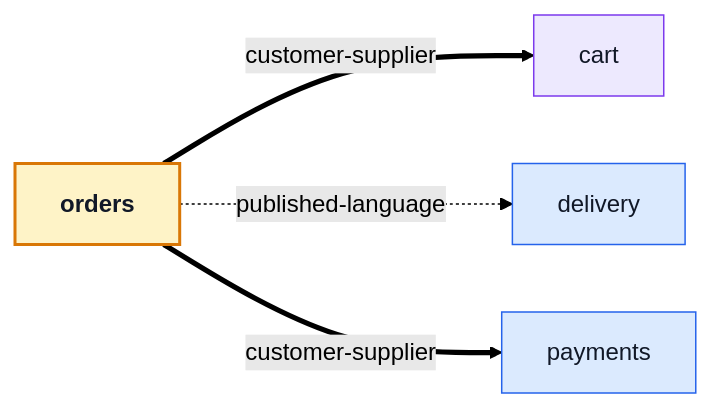
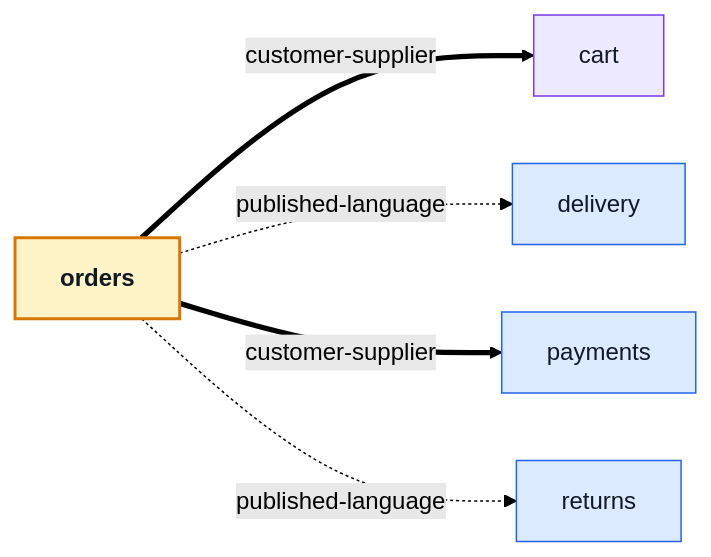
The first of 3 diagrams in docs/modules/orders.md (Guebbit/boilerplate-vue-frontend), drawn with Mermaid (forest theme) before and after one commit. The commit also changed other lines of this file and 71 other files, not shown here.

````diff
--- a/docs/modules/orders.md
+++ b/docs/modules/orders.md
@@ -24,15 +24,16 @@
 ```mermaid
 %%{init: {'flowchart': {'nodeSpacing': 45, 'rankSpacing': 75}}}%%
 flowchart LR
     orders["<b>orders</b>"] ==>|"customer-supplier"| cart["cart"]
     orders["<b>orders</b>"] -.->|"published-language"| delivery["delivery"]
     orders["<b>orders</b>"] ==>|"customer-supplier"| payments["payments"]
+    orders["<b>orders</b>"] -.->|"published-language"| returns["returns"]
 
     classDef core fill:#ede9fe,stroke:#7c3aed,color:#111827;
     classDef supporting fill:#dbeafe,stroke:#2563eb,color:#111827;
     classDef generic fill:#ccfbf1,stroke:#0f766e,color:#111827;
     classDef self fill:#fef3c7,stroke:#d97706,color:#111827,stroke-width:2px;
     class cart core;
-    class delivery,payments supporting;
+    class delivery,payments,returns supporting;
     class orders self;
 ```
````
